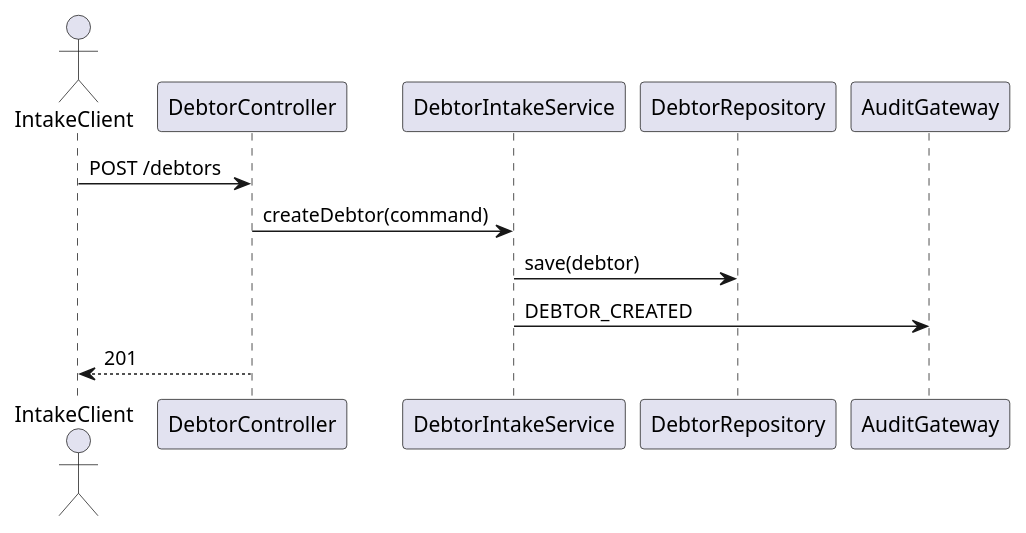
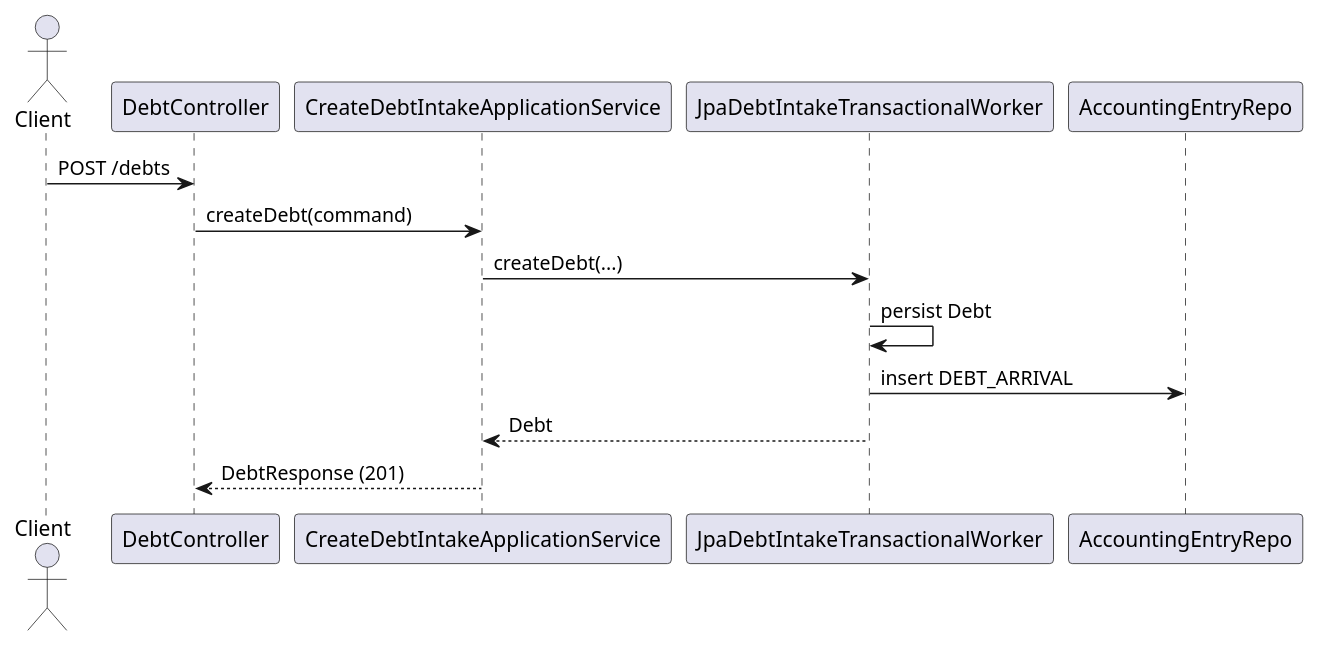
The first of 4 diagrams in .opencode/plans/extension-analysis.md (jfmauro/allocation-better), drawn with PlantUML before and after one commit. The commit also changed other lines of this file and 39 other files, not shown here.

````diff
--- a/.opencode/plans/extension-analysis.md
+++ b/.opencode/plans/extension-analysis.md
@@ -80,14 +90,17 @@
 ```plantuml
 @startuml
-actor IntakeClient
-participant DebtorController
-participant DebtorIntakeService
-participant DebtorRepository
-participant AuditGateway
-IntakeClient -> DebtorController: POST /debtors
-DebtorController -> DebtorIntakeService: createDebtor(command)
-DebtorIntakeService -> DebtorRepository: save(debtor)
-DebtorIntakeService -> AuditGateway: DEBTOR_CREATED
-DebtorController --> IntakeClient: 201
+actor Client
+participant "DebtController" as C
+participant "CreateDebtIntakeApplicationService" as A
+participant "JpaDebtIntakeTransactionalWorker" as W
+participant "AccountingEntryRepo" as R
+
+Client -> C: POST /debts
+C -> A: createDebt(command)
+A -> W: createDebt(...)
+W -> W: persist Debt
+W -> R: insert DEBT_ARRIVAL
+W --> A: Debt
+A --> C: DebtResponse (201)
 @enduml
 ```
````
